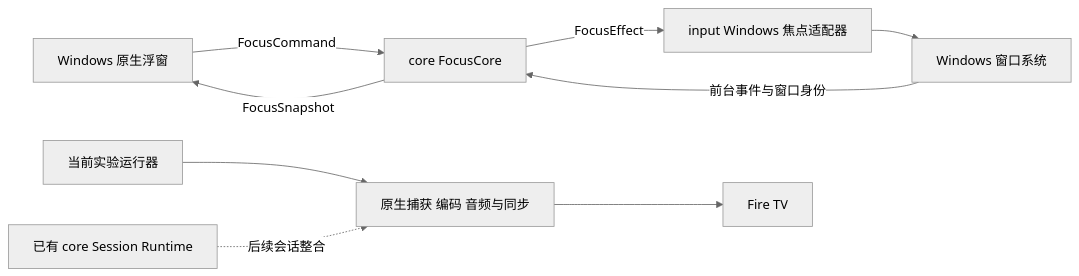
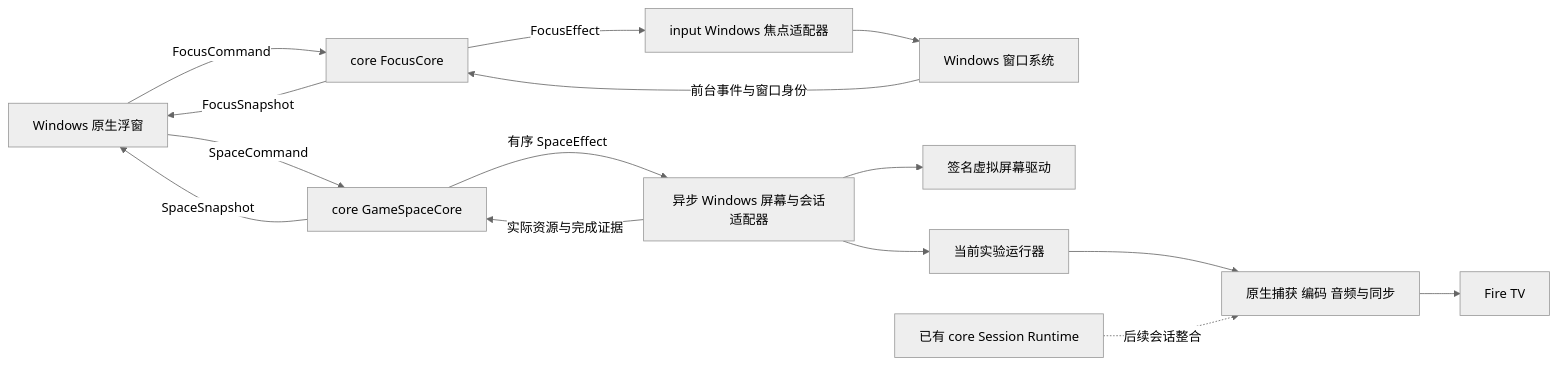
Before and after one commit to parz1/sofaLink: the diagram in docs/desktop-focus-architecture.md, drawn with Mermaid (neutral theme). The commit also changed other lines of this file and 13 other files, not shown here.

````diff
--- a/docs/desktop-focus-architecture.md
+++ b/docs/desktop-focus-architecture.md
@@ -7,11 +7,17 @@
 ```mermaid
 flowchart LR
     UI[Windows 原生浮窗] -->|FocusCommand| FC[core FocusCore]
     FC -->|FocusEffect| WA[input Windows 焦点适配器]
     WA --> OS[Windows 窗口系统]
     OS -->|前台事件与窗口身份| FC
     FC -->|FocusSnapshot| UI
-    RUN[当前实验运行器] --> MEDIA[原生捕获 编码 音频与同步]
+    UI -->|SpaceCommand| GC[core GameSpaceCore]
+    GC -->|有序 SpaceEffect| AD[异步 Windows 屏幕与会话适配器]
+    AD --> DRIVER[签名虚拟屏幕驱动]
+    AD --> RUN[当前实验运行器]
+    RUN --> MEDIA[原生捕获 编码 音频与同步]
+    AD -->|实际资源与完成证据| GC
+    GC -->|SpaceSnapshot| UI
     SC[已有 core Session Runtime] -.后续会话整合.-> MEDIA
     MEDIA --> TV[Fire TV]
 ```
````
